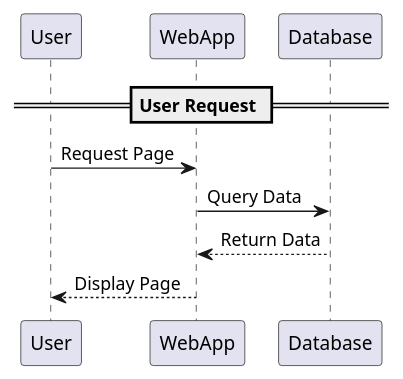
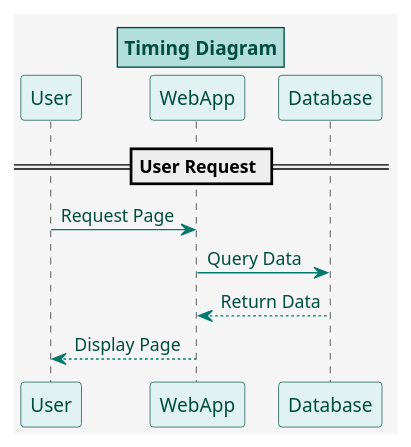
Before and after one commit to k4ilham/Unified-Modeling-Language-plantuml: the diagram in company_profile/timing_diagram.md, drawn with PlantUML. The commit also changed 19 other files, not shown here.

```diff
--- a/company_profile/timing_diagram.md
+++ b/company_profile/timing_diagram.md
@@ -1,8 +1,34 @@
 @startuml
+title Timing Diagram
+
+' Define colors
+skinparam backgroundColor #F5F5F5
+
+' Define styles for participants
+skinparam participant {
+  BackgroundColor #E0F2F1
+  BorderColor #004D40
+  FontColor #004D40
+}
+
+' Define styles for messages
+skinparam Arrow {
+  Color #00796B
+  FontColor #004D40
+}
+
+' Define styles for title
+skinparam title {
+  BackgroundColor #B2DFDB
+  BorderColor #004D40
+  FontColor #004D40
+}
+
+' Define participants and interactions
 == User Request ==
 User -> WebApp : Request Page
 WebApp -> Database : Query Data
 Database --> WebApp : Return Data
 WebApp --> User : Display Page
 
 @enduml
```
